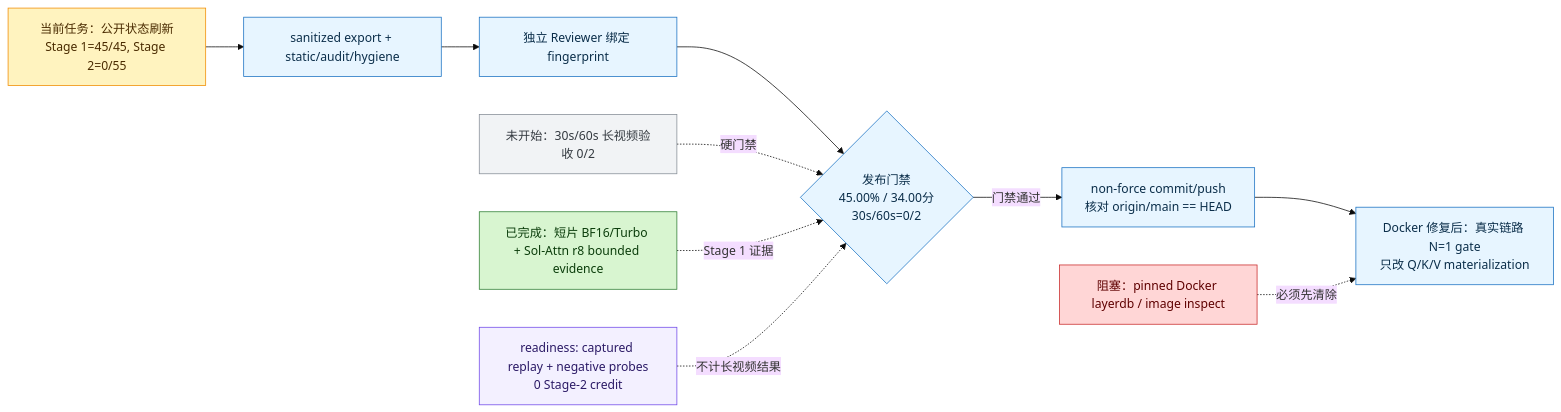
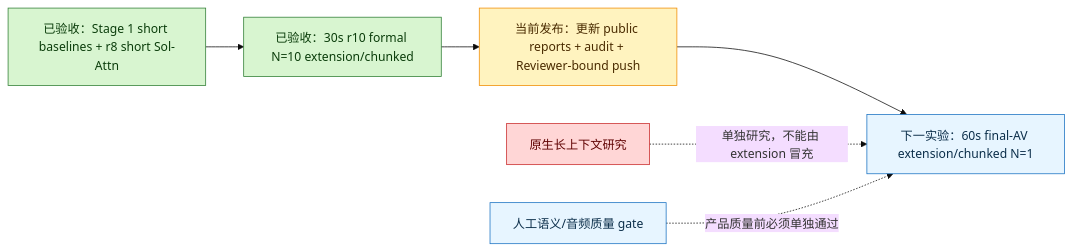
The diagram in RESEARCH_DASHBOARD.md (Argus-AiTeam/minimax-h3-desktop), drawn with Mermaid (base theme) before and after one commit. The commit also changed other lines of this file and 40 other files, not shown here.

````diff
--- a/RESEARCH_DASHBOARD.md
+++ b/RESEARCH_DASHBOARD.md
@@ -87,19 +67,13 @@
 ```mermaid
 flowchart LR
-    A[当前任务：公开状态刷新\nStage 1=45/45, Stage 2=0/55]:::current --> B[sanitized export + static/audit/hygiene]:::pending
-    B --> C[独立 Reviewer 绑定 fingerprint]:::pending
-    C --> D{发布门禁\n45.00% / 34.00分\n30s/60s=0/2}:::pending
-    D -->|门禁通过| E[non-force commit/push\n核对 origin/main == HEAD]:::pending
-    E --> G[Docker 修复后：真实链路 N=1 gate\n只改 Q/K/V materialization]:::pending
-    X[阻塞：pinned Docker layerdb / image inspect]:::blocked -.必须先清除.-> G
-    H[未开始：30s/60s 长视频验收 0/2]:::notstart -.硬门禁.-> D
-    S[已完成：短片 BF16/Turbo + Sol-Attn r8 bounded evidence]:::done -.Stage 1 证据.-> D
-    R[readiness: captured replay + negative probes\n0 Stage-2 credit]:::readiness -.不计长视频结果.-> D
+    A[已验收：Stage 1 short baselines + r8 short Sol-Attn]:::done --> B[已验收：30s r10 formal N=10 extension/chunked]:::done
+    B --> C[当前发布：更新 public reports + audit + Reviewer-bound push]:::current
+    C --> D[下一实验：60s final-AV extension/chunked N=1]:::pending
+    N[原生长上下文研究]:::blocked -.单独研究，不能由 extension 冒充.-> D
+    H[人工语义/音频质量 gate]:::pending -.产品质量前必须单独通过.-> D
 
     classDef done fill:#d8f5d0,stroke:#2e7d32,color:#0b3d0b;
     classDef current fill:#fff3bf,stroke:#f08c00,color:#4a2b00;
+    classDef pending fill:#e7f5ff,stroke:#1971c2,color:#0b2e4a;
     classDef blocked fill:#ffd6d6,stroke:#c92a2a,color:#5f0000;
-    classDef notstart fill:#f1f3f5,stroke:#868e96,color:#343a40;
-    classDef pending fill:#e7f5ff,stroke:#1971c2,color:#0b2e4a;
-    classDef readiness fill:#f3f0ff,stroke:#7048e8,color:#2b1a66;
 ```
````
